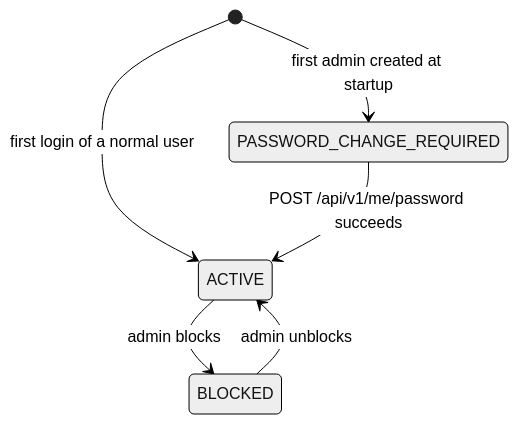
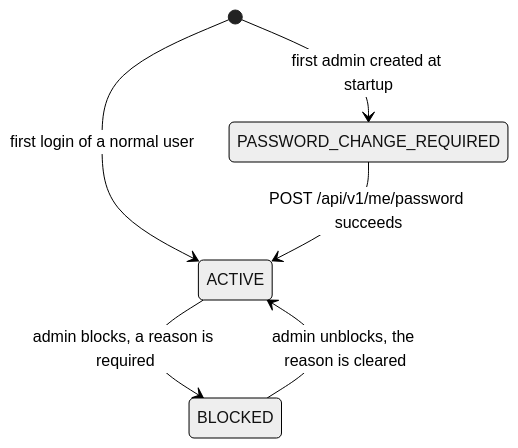
The third of 4 diagrams in docs/design/states.md (Kerolly/software_engineering_II), drawn with Mermaid (neutral theme) before and after one commit. The commit also changed other lines of this file and 2 other files, not shown here.

Commit message:
docs(design): add blocked_reason to users

````diff
--- a/docs/design/states.md
+++ b/docs/design/states.md
@@ -48,8 +48,8 @@
 ```mermaid
 stateDiagram-v2
     [*] --> ACTIVE : first login of a normal user
     [*] --> PASSWORD_CHANGE_REQUIRED : first admin created at startup
     PASSWORD_CHANGE_REQUIRED --> ACTIVE : POST /api/v1/me/password succeeds
-    ACTIVE --> BLOCKED : admin blocks
-    BLOCKED --> ACTIVE : admin unblocks
+    ACTIVE --> BLOCKED : admin blocks, a reason is required
+    BLOCKED --> ACTIVE : admin unblocks, the reason is cleared
 ```
````
